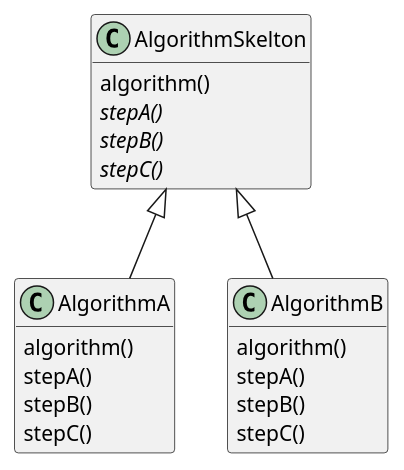
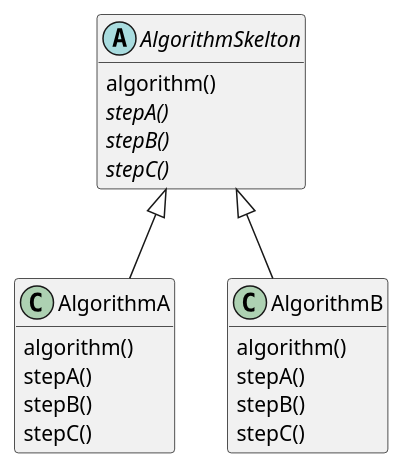
One commit to gama79530/DesignPattern changed the diagram in TemplateMethodPattern/TemplateMethodPattern.puml. Above: the diagram before and after it, drawn with PlantUML. The commit also changed 1 other file, not shown here.

```diff
--- a/TemplateMethodPattern/TemplateMethodPattern.puml
+++ b/TemplateMethodPattern/TemplateMethodPattern.puml
@@ -1,28 +1,28 @@
 @startuml TemplateMethodPattern
 hide empty members
 
-class AlgorithmSkelton{
+abstract class AlgorithmSkelton{
     algorithm()
     {abstract} stepA()
     {abstract} stepB()
     {abstract} stepC()
 }
 
 class AlgorithmA{
     algorithm()
     stepA()
     stepB()
     stepC()
 }
 
 class AlgorithmB{
     algorithm()
     stepA()
     stepB()
     stepC()
 }
 
 AlgorithmSkelton <|-- AlgorithmA
 AlgorithmSkelton <|-- AlgorithmB
 
 @enduml
```
